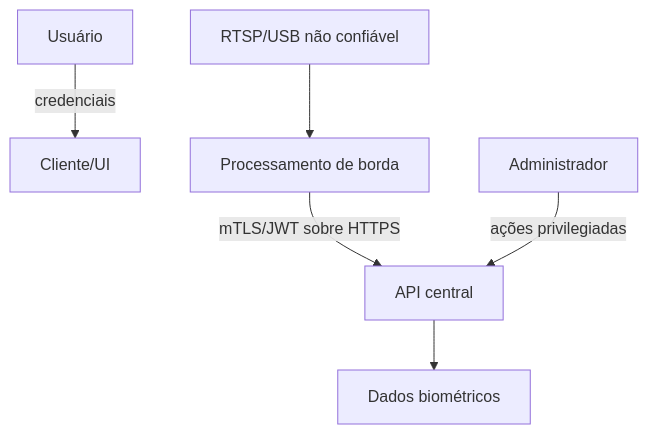
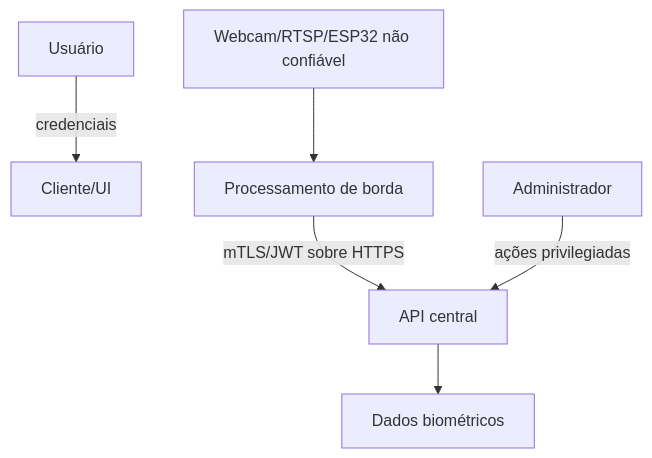
Before and after one commit to gcazuche/smart-environment: the third of 3 diagrams in .planning/ARCHITECTURE.md, drawn with Mermaid. The commit also changed other lines of this file and 18 other files, not shown here.

````diff
--- a/.planning/ARCHITECTURE.md
+++ b/.planning/ARCHITECTURE.md
@@ -103,8 +122,8 @@
 ```mermaid
 flowchart TB
     OP["Usuário"] -->|"credenciais"| UI["Cliente/UI"]
-    CAM["RTSP/USB não confiável"] --> EDGE["Processamento de borda"]
+    CAM["Webcam/RTSP/ESP32 não confiável"] --> EDGE["Processamento de borda"]
     EDGE -->|"mTLS/JWT sobre HTTPS"| API["API central"]
     API --> DB["Dados biométricos"]
     ADMIN["Administrador"] -->|"ações privilegiadas"| API
 ```
````
